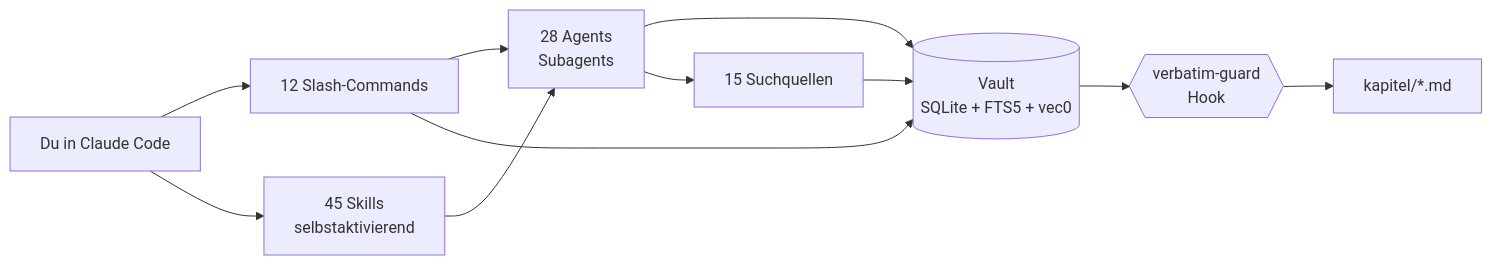
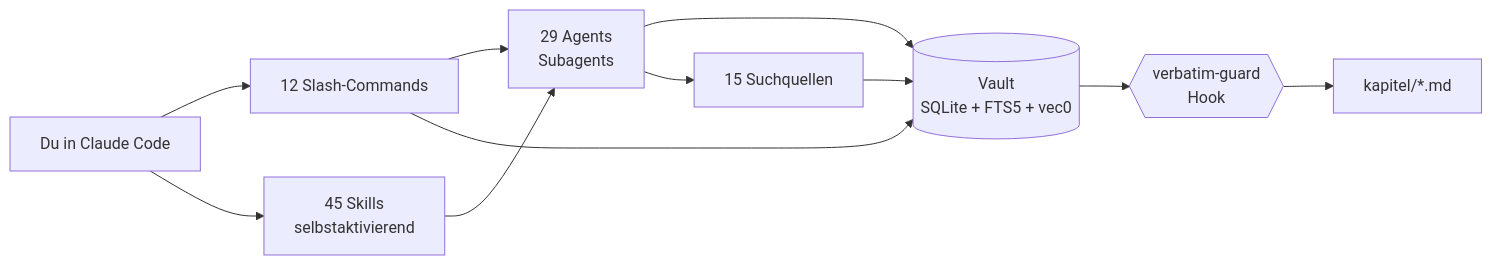
One commit to ahlerjam/academic-research changed the diagram in README.md. Above: the diagram before and after it, drawn with Mermaid. The commit also changed 12 other files, not shown here.

````diff
--- a/README.md
+++ b/README.md
@@ -78,13 +78,13 @@
 ```mermaid
 graph LR
     U[Du in Claude Code] --> C[12 Slash-Commands]
     U --> S[45 Skills<br/>selbstaktivierend]
-    C --> A[28 Agents<br/>Subagents]
+    C --> A[29 Agents<br/>Subagents]
     S --> A
     A --> V[(Vault<br/>SQLite + FTS5 + vec0)]
     C --> V
     A --> Q[15 Suchquellen]
     Q --> V
     V --> H{{verbatim-guard<br/>Hook}}
     H --> K[kapitel/*.md]
 ```
````
